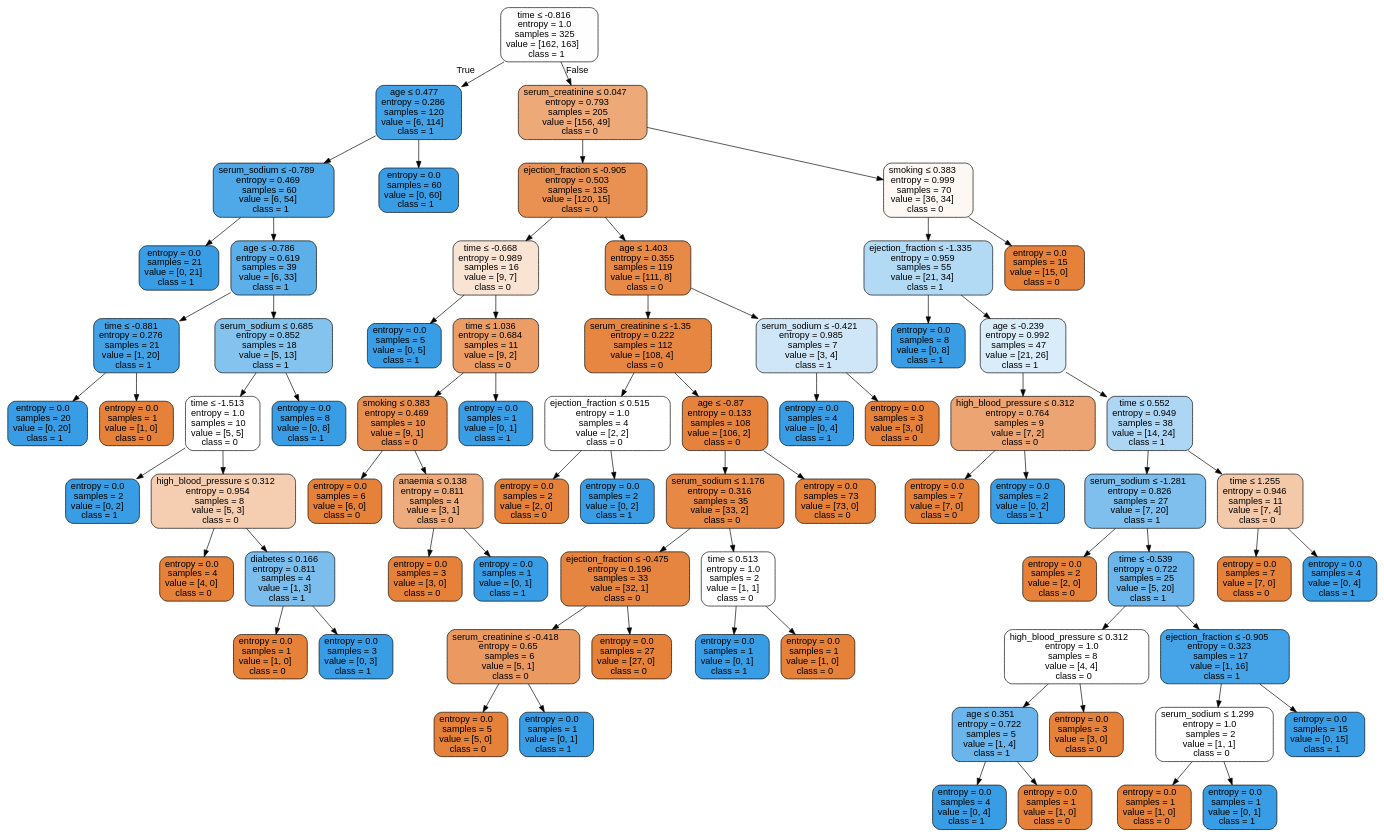
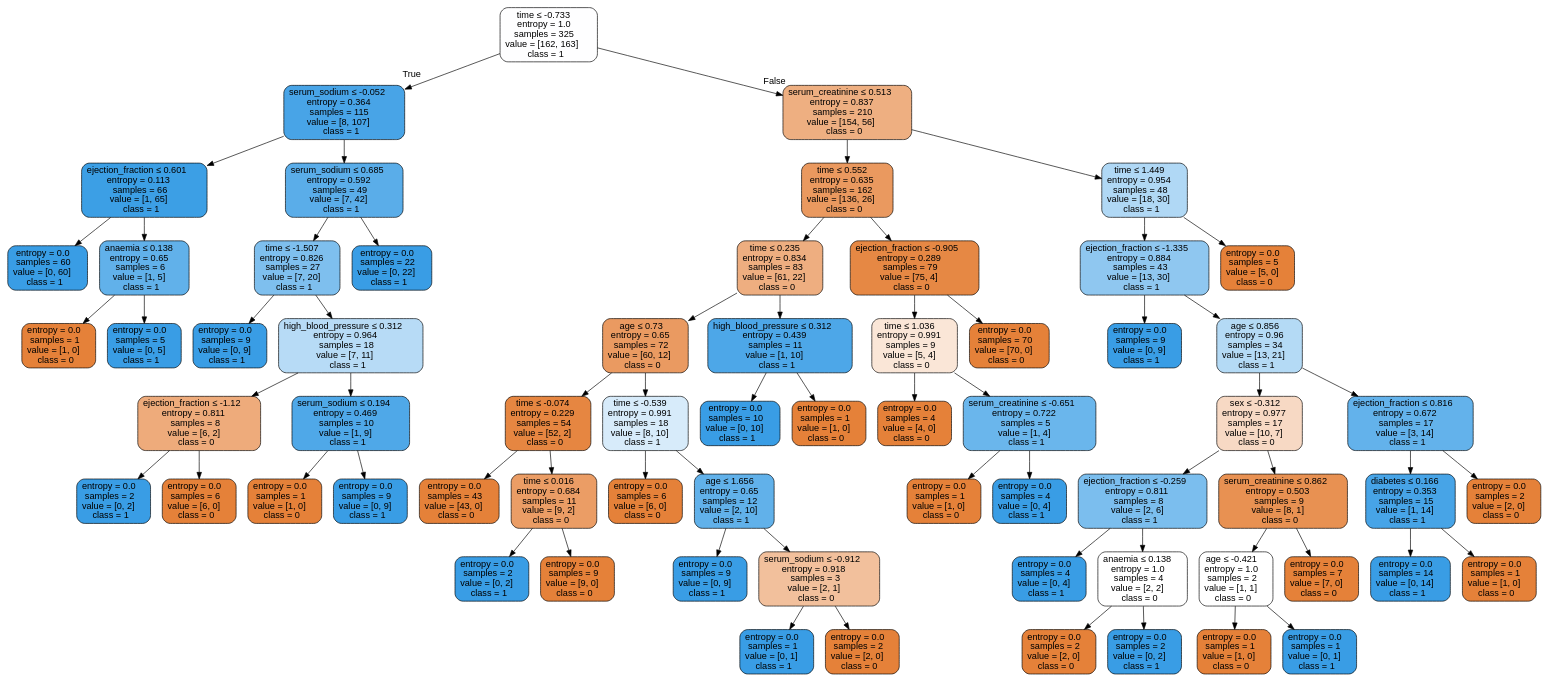
Before and after one commit to isabelSoares/CD-2021: the diagram in Labs/Results/DecisionTrees/FeatureEng/SMOTE/HFCR - SMOTE - dtree.dot, drawn with Graphviz. The commit also changed 132 other files, not shown here.

```diff
--- a/Labs/Results/DecisionTrees/FeatureEng/SMOTE/HFCR - SMOTE - dtree.dot
+++ b/Labs/Results/DecisionTrees/FeatureEng/SMOTE/HFCR - SMOTE - dtree.dot
@@ -1,149 +1,133 @@
 digraph Tree {
 node [shape=box, style="filled, rounded", color="black", fontname=helvetica] ;
 edge [fontname=helvetica] ;
-0 [label=<time &le; -0.816<br/>entropy = 1.0<br/>samples = 325<br/>value = [162, 163]<br/>class = 1>, fillcolor="#fefeff"] ;
-1 [label=<age &le; 0.477<br/>entropy = 0.286<br/>samples = 120<br/>value = [6, 114]<br/>class = 1>, fillcolor="#43a2e6"] ;
+0 [label=<time &le; -0.733<br/>entropy = 1.0<br/>samples = 325<br/>value = [162, 163]<br/>class = 1>, fillcolor="#fefeff"] ;
+1 [label=<serum_sodium &le; -0.052<br/>entropy = 0.364<br/>samples = 115<br/>value = [8, 107]<br/>class = 1>, fillcolor="#48a4e7"] ;
 0 -> 1 [labeldistance=2.5, labelangle=45, headlabel="True"] ;
-2 [label=<serum_sodium &le; -0.789<br/>entropy = 0.469<br/>samples = 60<br/>value = [6, 54]<br/>class = 1>, fillcolor="#4fa8e8"] ;
+2 [label=<ejection_fraction &le; 0.601<br/>entropy = 0.113<br/>samples = 66<br/>value = [1, 65]<br/>class = 1>, fillcolor="#3c9fe5"] ;
 1 -> 2 ;
-3 [label=<entropy = 0.0<br/>samples = 21<br/>value = [0, 21]<br/>class = 1>, fillcolor="#399de5"] ;
+3 [label=<entropy = 0.0<br/>samples = 60<br/>value = [0, 60]<br/>class = 1>, fillcolor="#399de5"] ;
 2 -> 3 ;
-4 [label=<age &le; -0.786<br/>entropy = 0.619<br/>samples = 39<br/>value = [6, 33]<br/>class = 1>, fillcolor="#5dafea"] ;
+4 [label=<anaemia &le; 0.138<br/>entropy = 0.65<br/>samples = 6<br/>value = [1, 5]<br/>class = 1>, fillcolor="#61b1ea"] ;
 2 -> 4 ;
-5 [label=<time &le; -0.881<br/>entropy = 0.276<br/>samples = 21<br/>value = [1, 20]<br/>class = 1>, fillcolor="#43a2e6"] ;
+5 [label=<entropy = 0.0<br/>samples = 1<br/>value = [1, 0]<br/>class = 0>, fillcolor="#e58139"] ;
 4 -> 5 ;
-6 [label=<entropy = 0.0<br/>samples = 20<br/>value = [0, 20]<br/>class = 1>, fillcolor="#399de5"] ;
-5 -> 6 ;
-7 [label=<entropy = 0.0<br/>samples = 1<br/>value = [1, 0]<br/>class = 0>, fillcolor="#e58139"] ;
-5 -> 7 ;
-8 [label=<serum_sodium &le; 0.685<br/>entropy = 0.852<br/>samples = 18<br/>value = [5, 13]<br/>class = 1>, fillcolor="#85c3ef"] ;
-4 -> 8 ;
-9 [label=<time &le; -1.513<br/>entropy = 1.0<br/>samples = 10<br/>value = [5, 5]<br/>class = 0>, fillcolor="#ffffff"] ;
+6 [label=<entropy = 0.0<br/>samples = 5<br/>value = [0, 5]<br/>class = 1>, fillcolor="#399de5"] ;
+4 -> 6 ;
+7 [label=<serum_sodium &le; 0.685<br/>entropy = 0.592<br/>samples = 49<br/>value = [7, 42]<br/>class = 1>, fillcolor="#5aade9"] ;
+1 -> 7 ;
+8 [label=<time &le; -1.507<br/>entropy = 0.826<br/>samples = 27<br/>value = [7, 20]<br/>class = 1>, fillcolor="#7ebfee"] ;
+7 -> 8 ;
+9 [label=<entropy = 0.0<br/>samples = 9<br/>value = [0, 9]<br/>class = 1>, fillcolor="#399de5"] ;
 8 -> 9 ;
-10 [label=<entropy = 0.0<br/>samples = 2<br/>value = [0, 2]<br/>class = 1>, fillcolor="#399de5"] ;
-9 -> 10 ;
-11 [label=<high_blood_pressure &le; 0.312<br/>entropy = 0.954<br/>samples = 8<br/>value = [5, 3]<br/>class = 0>, fillcolor="#f5cdb0"] ;
-9 -> 11 ;
-12 [label=<entropy = 0.0<br/>samples = 4<br/>value = [4, 0]<br/>class = 0>, fillcolor="#e58139"] ;
+10 [label=<high_blood_pressure &le; 0.312<br/>entropy = 0.964<br/>samples = 18<br/>value = [7, 11]<br/>class = 1>, fillcolor="#b7dbf6"] ;
+8 -> 10 ;
+11 [label=<ejection_fraction &le; -1.12<br/>entropy = 0.811<br/>samples = 8<br/>value = [6, 2]<br/>class = 0>, fillcolor="#eeab7b"] ;
+10 -> 11 ;
+12 [label=<entropy = 0.0<br/>samples = 2<br/>value = [0, 2]<br/>class = 1>, fillcolor="#399de5"] ;
 11 -> 12 ;
-13 [label=<diabetes &le; 0.166<br/>entropy = 0.811<br/>samples = 4<br/>value = [1, 3]<br/>class = 1>, fillcolor="#7bbeee"] ;
+13 [label=<entropy = 0.0<br/>samples = 6<br/>value = [6, 0]<br/>class = 0>, fillcolor="#e58139"] ;
 11 -> 13 ;
-14 [label=<entropy = 0.0<br/>samples = 1<br/>value = [1, 0]<br/>class = 0>, fillcolor="#e58139"] ;
-13 -> 14 ;
-15 [label=<entropy = 0.0<br/>samples = 3<br/>value = [0, 3]<br/>class = 1>, fillcolor="#399de5"] ;
-13 -> 15 ;
-16 [label=<entropy = 0.0<br/>samples = 8<br/>value = [0, 8]<br/>class = 1>, fillcolor="#399de5"] ;
-8 -> 16 ;
-17 [label=<entropy = 0.0<br/>samples = 60<br/>value = [0, 60]<br/>class = 1>, fillcolor="#399de5"] ;
-1 -> 17 ;
-18 [label=<serum_creatinine &le; 0.047<br/>entropy = 0.793<br/>samples = 205<br/>value = [156, 49]<br/>class = 0>, fillcolor="#eda977"] ;
+14 [label=<serum_sodium &le; 0.194<br/>entropy = 0.469<br/>samples = 10<br/>value = [1, 9]<br/>class = 1>, fillcolor="#4fa8e8"] ;
+10 -> 14 ;
+15 [label=<entropy = 0.0<br/>samples = 1<br/>value = [1, 0]<br/>class = 0>, fillcolor="#e58139"] ;
+14 -> 15 ;
+16 [label=<entropy = 0.0<br/>samples = 9<br/>value = [0, 9]<br/>class = 1>, fillcolor="#399de5"] ;
+14 -> 16 ;
+17 [label=<entropy = 0.0<br/>samples = 22<br/>value = [0, 22]<br/>class = 1>, fillcolor="#399de5"] ;
+7 -> 17 ;
+18 [label=<serum_creatinine &le; 0.513<br/>entropy = 0.837<br/>samples = 210<br/>value = [154, 56]<br/>class = 0>, fillcolor="#eeaf81"] ;
 0 -> 18 [labeldistance=2.5, labelangle=-45, headlabel="False"] ;
-19 [label=<ejection_fraction &le; -0.905<br/>entropy = 0.503<br/>samples = 135<br/>value = [120, 15]<br/>class = 0>, fillcolor="#e89152"] ;
+19 [label=<time &le; 0.552<br/>entropy = 0.635<br/>samples = 162<br/>value = [136, 26]<br/>class = 0>, fillcolor="#ea995f"] ;
 18 -> 19 ;
-20 [label=<time &le; -0.668<br/>entropy = 0.989<br/>samples = 16<br/>value = [9, 7]<br/>class = 0>, fillcolor="#f9e3d3"] ;
+20 [label=<time &le; 0.235<br/>entropy = 0.834<br/>samples = 83<br/>value = [61, 22]<br/>class = 0>, fillcolor="#eeae80"] ;
 19 -> 20 ;
-21 [label=<entropy = 0.0<br/>samples = 5<br/>value = [0, 5]<br/>class = 1>, fillcolor="#399de5"] ;
+21 [label=<age &le; 0.73<br/>entropy = 0.65<br/>samples = 72<br/>value = [60, 12]<br/>class = 0>, fillcolor="#ea9a61"] ;
 20 -> 21 ;
-22 [label=<time &le; 1.036<br/>entropy = 0.684<br/>samples = 11<br/>value = [9, 2]<br/>class = 0>, fillcolor="#eb9d65"] ;
-20 -> 22 ;
-23 [label=<smoking &le; 0.383<br/>entropy = 0.469<br/>samples = 10<br/>value = [9, 1]<br/>class = 0>, fillcolor="#e88f4f"] ;
+22 [label=<time &le; -0.074<br/>entropy = 0.229<br/>samples = 54<br/>value = [52, 2]<br/>class = 0>, fillcolor="#e68641"] ;
+21 -> 22 ;
+23 [label=<entropy = 0.0<br/>samples = 43<br/>value = [43, 0]<br/>class = 0>, fillcolor="#e58139"] ;
 22 -> 23 ;
-24 [label=<entropy = 0.0<br/>samples = 6<br/>value = [6, 0]<br/>class = 0>, fillcolor="#e58139"] ;
-23 -> 24 ;
-25 [label=<anaemia &le; 0.138<br/>entropy = 0.811<br/>samples = 4<br/>value = [3, 1]<br/>class = 0>, fillcolor="#eeab7b"] ;
-23 -> 25 ;
-26 [label=<entropy = 0.0<br/>samples = 3<br/>value = [3, 0]<br/>class = 0>, fillcolor="#e58139"] ;
-25 -> 26 ;
-27 [label=<entropy = 0.0<br/>samples = 1<br/>value = [0, 1]<br/>class = 1>, fillcolor="#399de5"] ;
-25 -> 27 ;
-28 [label=<entropy = 0.0<br/>samples = 1<br/>value = [0, 1]<br/>class = 1>, fillcolor="#399de5"] ;
-22 -> 28 ;
-29 [label=<age &le; 1.403<br/>entropy = 0.355<br/>samples = 119<br/>value = [111, 8]<br/>class = 0>, fillcolor="#e78a47"] ;
-19 -> 29 ;
-30 [label=<serum_creatinine &le; -1.35<br/>entropy = 0.222<br/>samples = 112<br/>value = [108, 4]<br/>class = 0>, fillcolor="#e68640"] ;
+24 [label=<time &le; 0.016<br/>entropy = 0.684<br/>samples = 11<br/>value = [9, 2]<br/>class = 0>, fillcolor="#eb9d65"] ;
+22 -> 24 ;
+25 [label=<entropy = 0.0<br/>samples = 2<br/>value = [0, 2]<br/>class = 1>, fillcolor="#399de5"] ;
+24 -> 25 ;
+26 [label=<entropy = 0.0<br/>samples = 9<br/>value = [9, 0]<br/>class = 0>, fillcolor="#e58139"] ;
+24 -> 26 ;
+27 [label=<time &le; -0.539<br/>entropy = 0.991<br/>samples = 18<br/>value = [8, 10]<br/>class = 1>, fillcolor="#d7ebfa"] ;
+21 -> 27 ;
+28 [label=<entropy = 0.0<br/>samples = 6<br/>value = [6, 0]<br/>class = 0>, fillcolor="#e58139"] ;
+27 -> 28 ;
+29 [label=<age &le; 1.656<br/>entropy = 0.65<br/>samples = 12<br/>value = [2, 10]<br/>class = 1>, fillcolor="#61b1ea"] ;
+27 -> 29 ;
+30 [label=<entropy = 0.0<br/>samples = 9<br/>value = [0, 9]<br/>class = 1>, fillcolor="#399de5"] ;
 29 -> 30 ;
-31 [label=<ejection_fraction &le; 0.515<br/>entropy = 1.0<br/>samples = 4<br/>value = [2, 2]<br/>class = 0>, fillcolor="#ffffff"] ;
-30 -> 31 ;
-32 [label=<entropy = 0.0<br/>samples = 2<br/>value = [2, 0]<br/>class = 0>, fillcolor="#e58139"] ;
+31 [label=<serum_sodium &le; -0.912<br/>entropy = 0.918<br/>samples = 3<br/>value = [2, 1]<br/>class = 0>, fillcolor="#f2c09c"] ;
+29 -> 31 ;
+32 [label=<entropy = 0.0<br/>samples = 1<br/>value = [0, 1]<br/>class = 1>, fillcolor="#399de5"] ;
 31 -> 32 ;
-33 [label=<entropy = 0.0<br/>samples = 2<br/>value = [0, 2]<br/>class = 1>, fillcolor="#399de5"] ;
+33 [label=<entropy = 0.0<br/>samples = 2<br/>value = [2, 0]<br/>class = 0>, fillcolor="#e58139"] ;
 31 -> 33 ;
-34 [label=<age &le; -0.87<br/>entropy = 0.133<br/>samples = 108<br/>value = [106, 2]<br/>class = 0>, fillcolor="#e5833d"] ;
-30 -> 34 ;
-35 [label=<serum_sodium &le; 1.176<br/>entropy = 0.316<br/>samples = 35<br/>value = [33, 2]<br/>class = 0>, fillcolor="#e78945"] ;
+34 [label=<high_blood_pressure &le; 0.312<br/>entropy = 0.439<br/>samples = 11<br/>value = [1, 10]<br/>class = 1>, fillcolor="#4da7e8"] ;
+20 -> 34 ;
+35 [label=<entropy = 0.0<br/>samples = 10<br/>value = [0, 10]<br/>class = 1>, fillcolor="#399de5"] ;
 34 -> 35 ;
-36 [label=<ejection_fraction &le; -0.475<br/>entropy = 0.196<br/>samples = 33<br/>value = [32, 1]<br/>class = 0>, fillcolor="#e6853f"] ;
-35 -> 36 ;
-37 [label=<serum_creatinine &le; -0.418<br/>entropy = 0.65<br/>samples = 6<br/>value = [5, 1]<br/>class = 0>, fillcolor="#ea9a61"] ;
-36 -> 37 ;
-38 [label=<entropy = 0.0<br/>samples = 5<br/>value = [5, 0]<br/>class = 0>, fillcolor="#e58139"] ;
+36 [label=<entropy = 0.0<br/>samples = 1<br/>value = [1, 0]<br/>class = 0>, fillcolor="#e58139"] ;
+34 -> 36 ;
+37 [label=<ejection_fraction &le; -0.905<br/>entropy = 0.289<br/>samples = 79<br/>value = [75, 4]<br/>class = 0>, fillcolor="#e68844"] ;
+19 -> 37 ;
+38 [label=<time &le; 1.036<br/>entropy = 0.991<br/>samples = 9<br/>value = [5, 4]<br/>class = 0>, fillcolor="#fae6d7"] ;
 37 -> 38 ;
-39 [label=<entropy = 0.0<br/>samples = 1<br/>value = [0, 1]<br/>class = 1>, fillcolor="#399de5"] ;
-37 -> 39 ;
-40 [label=<entropy = 0.0<br/>samples = 27<br/>value = [27, 0]<br/>class = 0>, fillcolor="#e58139"] ;
-36 -> 40 ;
-41 [label=<time &le; 0.513<br/>entropy = 1.0<br/>samples = 2<br/>value = [1, 1]<br/>class = 0>, fillcolor="#ffffff"] ;
-35 -> 41 ;
-42 [label=<entropy = 0.0<br/>samples = 1<br/>value = [0, 1]<br/>class = 1>, fillcolor="#399de5"] ;
-41 -> 42 ;
-43 [label=<entropy = 0.0<br/>samples = 1<br/>value = [1, 0]<br/>class = 0>, fillcolor="#e58139"] ;
-41 -> 43 ;
-44 [label=<entropy = 0.0<br/>samples = 73<br/>value = [73, 0]<br/>class = 0>, fillcolor="#e58139"] ;
-34 -> 44 ;
-45 [label=<serum_sodium &le; -0.421<br/>entropy = 0.985<br/>samples = 7<br/>value = [3, 4]<br/>class = 1>, fillcolor="#cee6f8"] ;
-29 -> 45 ;
-46 [label=<entropy = 0.0<br/>samples = 4<br/>value = [0, 4]<br/>class = 1>, fillcolor="#399de5"] ;
+39 [label=<entropy = 0.0<br/>samples = 4<br/>value = [4, 0]<br/>class = 0>, fillcolor="#e58139"] ;
+38 -> 39 ;
+40 [label=<serum_creatinine &le; -0.651<br/>entropy = 0.722<br/>samples = 5<br/>value = [1, 4]<br/>class = 1>, fillcolor="#6ab6ec"] ;
+38 -> 40 ;
+41 [label=<entropy = 0.0<br/>samples = 1<br/>value = [1, 0]<br/>class = 0>, fillcolor="#e58139"] ;
+40 -> 41 ;
+42 [label=<entropy = 0.0<br/>samples = 4<br/>value = [0, 4]<br/>class = 1>, fillcolor="#399de5"] ;
+40 -> 42 ;
+43 [label=<entropy = 0.0<br/>samples = 70<br/>value = [70, 0]<br/>class = 0>, fillcolor="#e58139"] ;
+37 -> 43 ;
+44 [label=<time &le; 1.449<br/>entropy = 0.954<br/>samples = 48<br/>value = [18, 30]<br/>class = 1>, fillcolor="#b0d8f5"] ;
+18 -> 44 ;
+45 [label=<ejection_fraction &le; -1.335<br/>entropy = 0.884<br/>samples = 43<br/>value = [13, 30]<br/>class = 1>, fillcolor="#8fc7f0"] ;
+44 -> 45 ;
+46 [label=<entropy = 0.0<br/>samples = 9<br/>value = [0, 9]<br/>class = 1>, fillcolor="#399de5"] ;
 45 -> 46 ;
-47 [label=<entropy = 0.0<br/>samples = 3<br/>value = [3, 0]<br/>class = 0>, fillcolor="#e58139"] ;
+47 [label=<age &le; 0.856<br/>entropy = 0.96<br/>samples = 34<br/>value = [13, 21]<br/>class = 1>, fillcolor="#b4daf5"] ;
 45 -> 47 ;
-48 [label=<smoking &le; 0.383<br/>entropy = 0.999<br/>samples = 70<br/>value = [36, 34]<br/>class = 0>, fillcolor="#fef8f4"] ;
-18 -> 48 ;
-49 [label=<ejection_fraction &le; -1.335<br/>entropy = 0.959<br/>samples = 55<br/>value = [21, 34]<br/>class = 1>, fillcolor="#b3daf5"] ;
+48 [label=<sex &le; -0.312<br/>entropy = 0.977<br/>samples = 17<br/>value = [10, 7]<br/>class = 0>, fillcolor="#f7d9c4"] ;
+47 -> 48 ;
+49 [label=<ejection_fraction &le; -0.259<br/>entropy = 0.811<br/>samples = 8<br/>value = [2, 6]<br/>class = 1>, fillcolor="#7bbeee"] ;
 48 -> 49 ;
-50 [label=<entropy = 0.0<br/>samples = 8<br/>value = [0, 8]<br/>class = 1>, fillcolor="#399de5"] ;
+50 [label=<entropy = 0.0<br/>samples = 4<br/>value = [0, 4]<br/>class = 1>, fillcolor="#399de5"] ;
 49 -> 50 ;
-51 [label=<age &le; -0.239<br/>entropy = 0.992<br/>samples = 47<br/>value = [21, 26]<br/>class = 1>, fillcolor="#d9ecfa"] ;
+51 [label=<anaemia &le; 0.138<br/>entropy = 1.0<br/>samples = 4<br/>value = [2, 2]<br/>class = 0>, fillcolor="#ffffff"] ;
 49 -> 51 ;
-52 [label=<high_blood_pressure &le; 0.312<br/>entropy = 0.764<br/>samples = 9<br/>value = [7, 2]<br/>class = 0>, fillcolor="#eca572"] ;
+52 [label=<entropy = 0.0<br/>samples = 2<br/>value = [2, 0]<br/>class = 0>, fillcolor="#e58139"] ;
 51 -> 52 ;
-53 [label=<entropy = 0.0<br/>samples = 7<br/>value = [7, 0]<br/>class = 0>, fillcolor="#e58139"] ;
-52 -> 53 ;
-54 [label=<entropy = 0.0<br/>samples = 2<br/>value = [0, 2]<br/>class = 1>, fillcolor="#399de5"] ;
-52 -> 54 ;
-55 [label=<time &le; 0.552<br/>entropy = 0.949<br/>samples = 38<br/>value = [14, 24]<br/>class = 1>, fillcolor="#acd6f4"] ;
-51 -> 55 ;
-56 [label=<serum_sodium &le; -1.281<br/>entropy = 0.826<br/>samples = 27<br/>value = [7, 20]<br/>class = 1>, fillcolor="#7ebfee"] ;
+53 [label=<entropy = 0.0<br/>samples = 2<br/>value = [0, 2]<br/>class = 1>, fillcolor="#399de5"] ;
+51 -> 53 ;
+54 [label=<serum_creatinine &le; 0.862<br/>entropy = 0.503<br/>samples = 9<br/>value = [8, 1]<br/>class = 0>, fillcolor="#e89152"] ;
+48 -> 54 ;
+55 [label=<age &le; -0.421<br/>entropy = 1.0<br/>samples = 2<br/>value = [1, 1]<br/>class = 0>, fillcolor="#ffffff"] ;
+54 -> 55 ;
+56 [label=<entropy = 0.0<br/>samples = 1<br/>value = [1, 0]<br/>class = 0>, fillcolor="#e58139"] ;
 55 -> 56 ;
-57 [label=<entropy = 0.0<br/>samples = 2<br/>value = [2, 0]<br/>class = 0>, fillcolor="#e58139"] ;
-56 -> 57 ;
-58 [label=<time &le; -0.539<br/>entropy = 0.722<br/>samples = 25<br/>value = [5, 20]<br/>class = 1>, fillcolor="#6ab6ec"] ;
-56 -> 58 ;
-59 [label=<high_blood_pressure &le; 0.312<br/>entropy = 1.0<br/>samples = 8<br/>value = [4, 4]<br/>class = 0>, fillcolor="#ffffff"] ;
-58 -> 59 ;
-60 [label=<age &le; 0.351<br/>entropy = 0.722<br/>samples = 5<br/>value = [1, 4]<br/>class = 1>, fillcolor="#6ab6ec"] ;
+57 [label=<entropy = 0.0<br/>samples = 1<br/>value = [0, 1]<br/>class = 1>, fillcolor="#399de5"] ;
+55 -> 57 ;
+58 [label=<entropy = 0.0<br/>samples = 7<br/>value = [7, 0]<br/>class = 0>, fillcolor="#e58139"] ;
+54 -> 58 ;
+59 [label=<ejection_fraction &le; 0.816<br/>entropy = 0.672<br/>samples = 17<br/>value = [3, 14]<br/>class = 1>, fillcolor="#63b2eb"] ;
+47 -> 59 ;
+60 [label=<diabetes &le; 0.166<br/>entropy = 0.353<br/>samples = 15<br/>value = [1, 14]<br/>class = 1>, fillcolor="#47a4e7"] ;
 59 -> 60 ;
-61 [label=<entropy = 0.0<br/>samples = 4<br/>value = [0, 4]<br/>class = 1>, fillcolor="#399de5"] ;
+61 [label=<entropy = 0.0<br/>samples = 14<br/>value = [0, 14]<br/>class = 1>, fillcolor="#399de5"] ;
 60 -> 61 ;
 62 [label=<entropy = 0.0<br/>samples = 1<br/>value = [1, 0]<br/>class = 0>, fillcolor="#e58139"] ;
 60 -> 62 ;
-63 [label=<entropy = 0.0<br/>samples = 3<br/>value = [3, 0]<br/>class = 0>, fillcolor="#e58139"] ;
+63 [label=<entropy = 0.0<br/>samples = 2<br/>value = [2, 0]<br/>class = 0>, fillcolor="#e58139"] ;
 59 -> 63 ;
-64 [label=<ejection_fraction &le; -0.905<br/>entropy = 0.323<br/>samples = 17<br/>value = [1, 16]<br/>class = 1>, fillcolor="#45a3e7"] ;
-58 -> 64 ;
-65 [label=<serum_sodium &le; 1.299<br/>entropy = 1.0<br/>samples = 2<br/>value = [1, 1]<br/>class = 0>, fillcolor="#ffffff"] ;
-64 -> 65 ;
-66 [label=<entropy = 0.0<br/>samples = 1<br/>value = [1, 0]<br/>class = 0>, fillcolor="#e58139"] ;
-65 -> 66 ;
-67 [label=<entropy = 0.0<br/>samples = 1<br/>value = [0, 1]<br/>class = 1>, fillcolor="#399de5"] ;
-65 -> 67 ;
-68 [label=<entropy = 0.0<br/>samples = 15<br/>value = [0, 15]<br/>class = 1>, fillcolor="#399de5"] ;
-64 -> 68 ;
-69 [label=<time &le; 1.255<br/>entropy = 0.946<br/>samples = 11<br/>value = [7, 4]<br/>class = 0>, fillcolor="#f4c9aa"] ;
-55 -> 69 ;
-70 [label=<entropy = 0.0<br/>samples = 7<br/>value = [7, 0]<br/>class = 0>, fillcolor="#e58139"] ;
-69 -> 70 ;
-71 [label=<entropy = 0.0<br/>samples = 4<br/>value = [0, 4]<br/>class = 1>, fillcolor="#399de5"] ;
-69 -> 71 ;
-72 [label=<entropy = 0.0<br/>samples = 15<br/>value = [15, 0]<br/>class = 0>, fillcolor="#e58139"] ;
-48 -> 72 ;
+64 [label=<entropy = 0.0<br/>samples = 5<br/>value = [5, 0]<br/>class = 0>, fillcolor="#e58139"] ;
+44 -> 64 ;
 }
```
